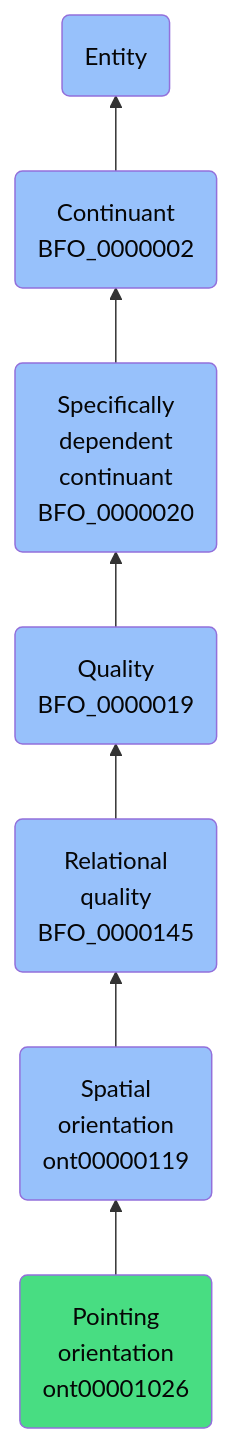
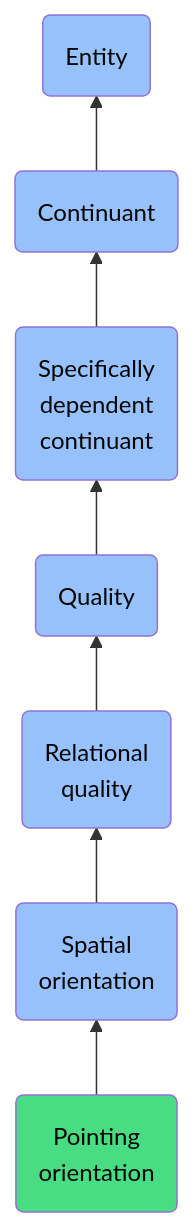
Before and after one commit to jupyter-naas/abi: the diagram in docs/ontology/reference/model/Entity/Continuant/Specifically dependent continuant/Quality/Relational quality/Spatial orientation/Pointing orientation/Pointing orientation.md, drawn with Mermaid. The commit also changed other lines of this file and 1430 other files, not shown here.

````diff
--- a/docs/ontology/reference/model/Entity/Continuant/Specifically dependent continuant/Quality/Relational quality/Spatial orientation/Pointing orientation/Pointing orientation.md
+++ b/docs/ontology/reference/model/Entity/Continuant/Specifically dependent continuant/Quality/Relational quality/Spatial orientation/Pointing orientation/Pointing orientation.md
@@ -24,14 +24,14 @@
 ```mermaid
 graph BT
-    ont00001026(Pointing<br>orientation<br>ont00001026):::ABI-->ont00000119
-    ont00000119(Spatial<br>orientation<br>ont00000119):::BFO-->BFO_0000145
-    BFO_0000145(Relational<br>quality<br>BFO_0000145):::BFO-->BFO_0000019
-    BFO_0000019(Quality<br>BFO_0000019):::BFO-->BFO_0000020
-    BFO_0000020(Specifically<br>dependent<br>continuant<br>BFO_0000020):::BFO-->BFO_0000002
-    BFO_0000002(Continuant<br>BFO_0000002):::BFO-->BFO_0000001
+    ont00001026(Pointing<br>orientation):::ABI-->ont00000119
+    ont00000119(Spatial<br>orientation):::BFO-->BFO_0000145
+    BFO_0000145(Relational<br>quality):::BFO-->BFO_0000019
+    BFO_0000019(Quality):::BFO-->BFO_0000020
+    BFO_0000020(Specifically<br>dependent<br>continuant):::BFO-->BFO_0000002
+    BFO_0000002(Continuant):::BFO-->BFO_0000001
     BFO_0000001(Entity):::BFO
     
     classDef BFO fill:#97c1fb,color:#060606
     classDef CCO fill:#e4c51e,color:#060606
     classDef ABI fill:#48DD82,color:#060606
 ```
````
